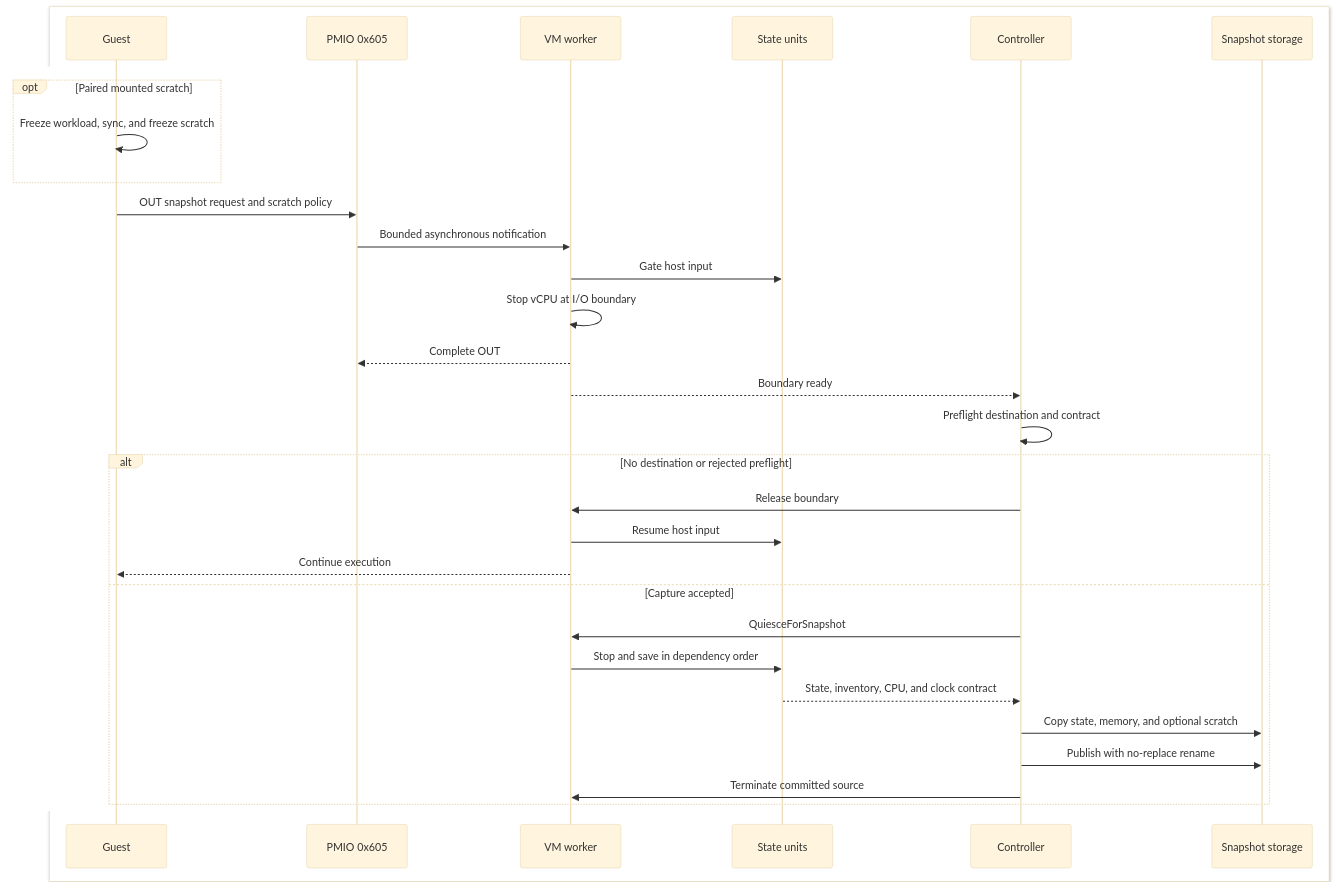
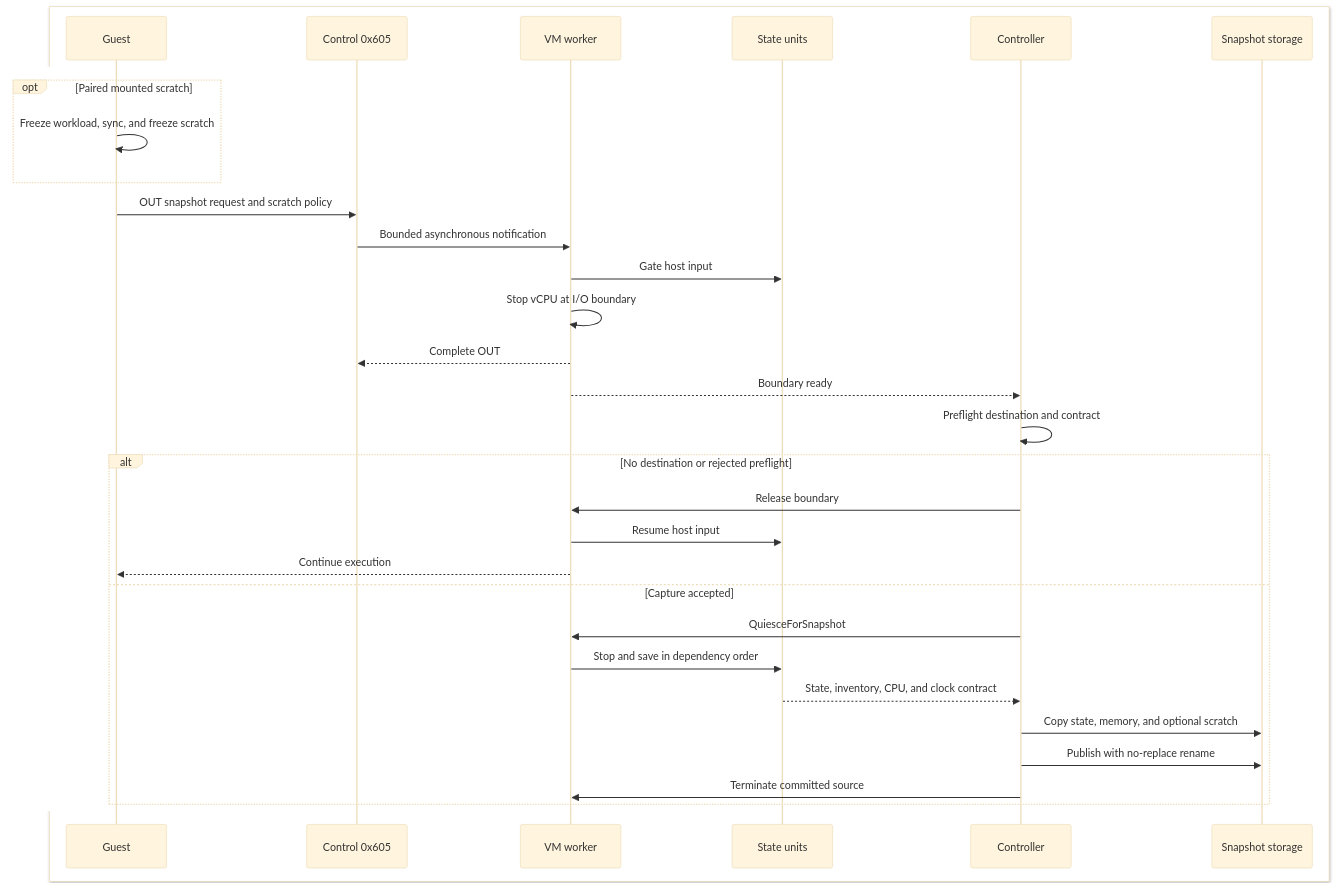
One commit to microsoft/nvx changed the fourth of 7 diagrams in doc/design.md. Above: the diagram before and after it, drawn with Mermaid. The commit also changed other lines of this file and 45 other files, not shown here.

````diff
--- a/doc/design.md
+++ b/doc/design.md
@@ -478,37 +504,37 @@
 ```mermaid
 %%{init: {"theme": "base", "themeVariables": {"background": "#ffffff"}}}%%
 sequenceDiagram
    box rgb(255, 255, 255)
    participant Guest
-   participant Port as PMIO 0x605
+   participant Port as Control 0x605
    participant Worker as VM worker
    participant Units as State units
    participant Controller
    participant Storage as Snapshot storage
    end
 
    rect rgb(255, 255, 255)
    opt Paired mounted scratch
       Guest->>Guest: Freeze workload, sync, and freeze scratch
    end
    Guest->>Port: OUT snapshot request and scratch policy
    Port->>Worker: Bounded asynchronous notification
    Worker->>Units: Gate host input
    Worker->>Worker: Stop vCPU at I/O boundary
    Worker-->>Port: Complete OUT
    Worker-->>Controller: Boundary ready
    Controller->>Controller: Preflight destination and contract
    alt No destination or rejected preflight
       Controller->>Worker: Release boundary
       Worker->>Units: Resume host input
       Worker-->>Guest: Continue execution
    else Capture accepted
       Controller->>Worker: QuiesceForSnapshot
       Worker->>Units: Stop and save in dependency order
       Units-->>Controller: State, inventory, CPU, and clock contract
       Controller->>Storage: Copy state, memory, and optional scratch
       Controller->>Storage: Publish with no-replace rename
       Controller->>Worker: Terminate committed source
    end
    end
 ```
````
